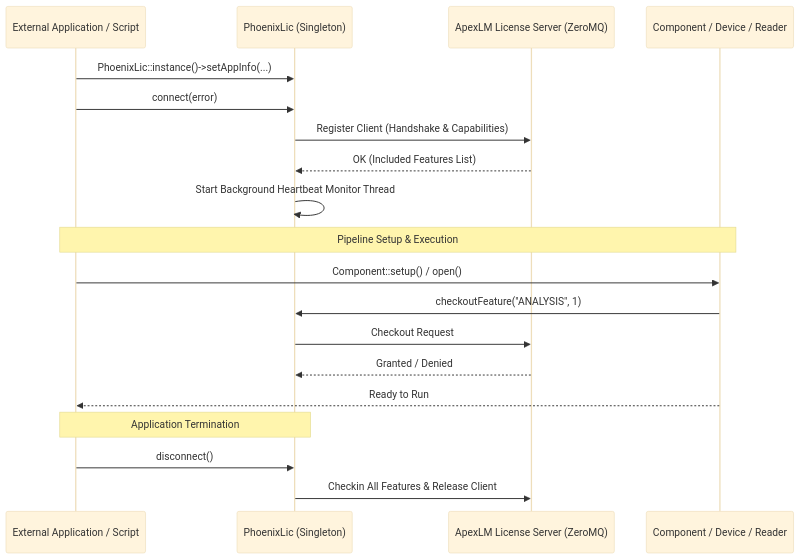
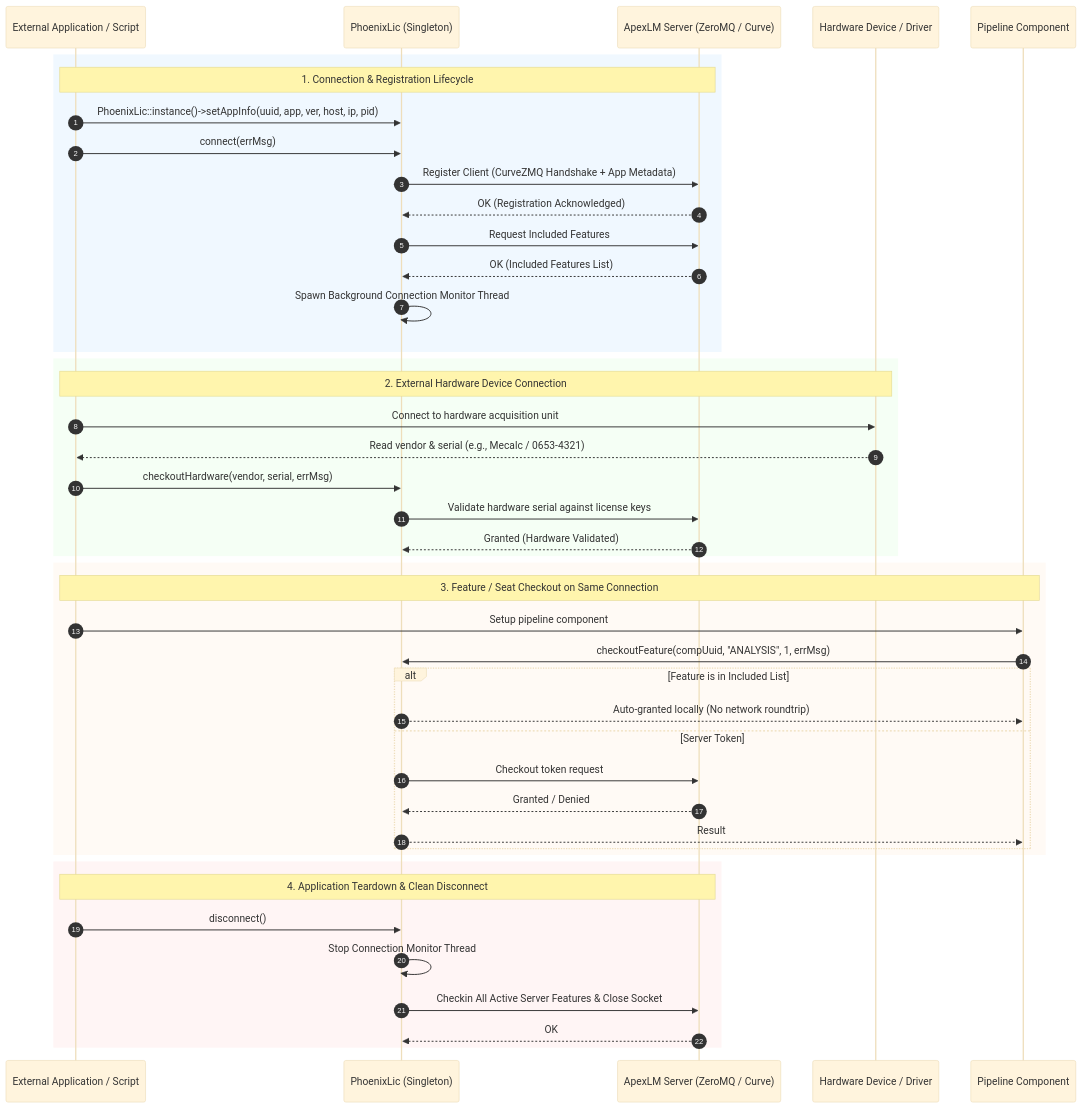
Before and after one commit to Apex-Turbine/phoenix-doc: the diagram in PhoenixCore/PhoenixLic.md, drawn with Mermaid (base theme). The commit also changed other lines of this file and 1 other file, not shown here.

Commit message:
docs(licensing): update PhoenixLic documentation with modern APIs and hardware validation semantics

````diff
--- a/PhoenixCore/PhoenixLic.md
+++ b/PhoenixCore/PhoenixLic.md
@@ -9,24 +15,50 @@
 ```mermaid
 sequenceDiagram
+    autonumber
     participant App as External Application / Script
     participant Lic as PhoenixLic (Singleton)
-    participant LM as ApexLM License Server (ZeroMQ)
-    participant Comp as Component / Device / Reader
+    participant LM as ApexLM Server (ZeroMQ / Curve)
+    participant Dev as Hardware Device / Driver
+    participant Comp as Pipeline Component
 
-    App->>Lic: PhoenixLic::instance()->setAppInfo(...)
-    App->>Lic: connect(error)
-    Lic->>LM: Register Client (Handshake & Capabilities)
+    rect rgb(240, 248, 255)
+    Note over App, LM: 1. Connection & Registration Lifecycle
+    App->>Lic: PhoenixLic::instance()->setAppInfo(uuid, app, ver, host, ip, pid)
+    App->>Lic: connect(errMsg)
+    Lic->>LM: Register Client (CurveZMQ Handshake + App Metadata)
+    LM-->>Lic: OK (Registration Acknowledged)
+    Lic->>LM: Request Included Features
     LM-->>Lic: OK (Included Features List)
-    Lic->>Lic: Start Background Heartbeat Monitor Thread
-    
-    Note over App, Comp: Pipeline Setup & Execution
-    App->>Comp: Component::setup() / open()
-    Comp->>Lic: checkoutFeature("ANALYSIS", 1)
-    Lic->>LM: Checkout Request
-    LM-->>Lic: Granted / Denied
-    Comp-->>App: Ready to Run
+    Lic->>Lic: Spawn Background Connection Monitor Thread
+    end
 
-    Note over App, Lic: Application Termination
+    rect rgb(245, 255, 245)
+    Note over App, Dev: 2. External Hardware Device Connection
+    App->>Dev: Connect to hardware acquisition unit
+    Dev-->>App: Read vendor & serial (e.g., Mecalc / 0653-4321)
+    App->>Lic: checkoutHardware(vendor, serial, errMsg)
+    Lic->>LM: Validate hardware serial against license keys
+    LM-->>Lic: Granted (Hardware Validated)
+    end
+
+    rect rgb(255, 250, 245)
+    Note over App, Comp: 3. Feature / Seat Checkout on Same Connection
+    App->>Comp: Setup pipeline component
+    Comp->>Lic: checkoutFeature(compUuid, "ANALYSIS", 1, errMsg)
+    alt Feature is in Included List
+        Lic-->>Comp: Auto-granted locally (No network roundtrip)
+    else Server Token
+        Lic->>LM: Checkout token request
+        LM-->>Lic: Granted / Denied
+        Lic-->>Comp: Result
+    end
+    end
+
+    rect rgb(255, 245, 245)
+    Note over App, LM: 4. Application Teardown & Clean Disconnect
     App->>Lic: disconnect()
-    Lic->>LM: Checkin All Features & Release Client
+    Lic->>Lic: Stop Connection Monitor Thread
+    Lic->>LM: Checkin All Active Server Features & Close Socket
+    LM-->>Lic: OK
+    end
 ```
````
